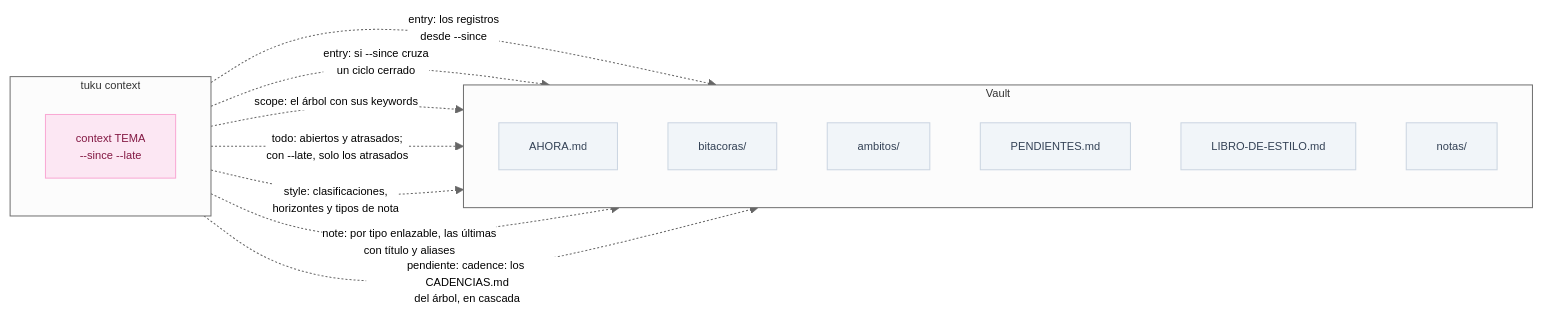
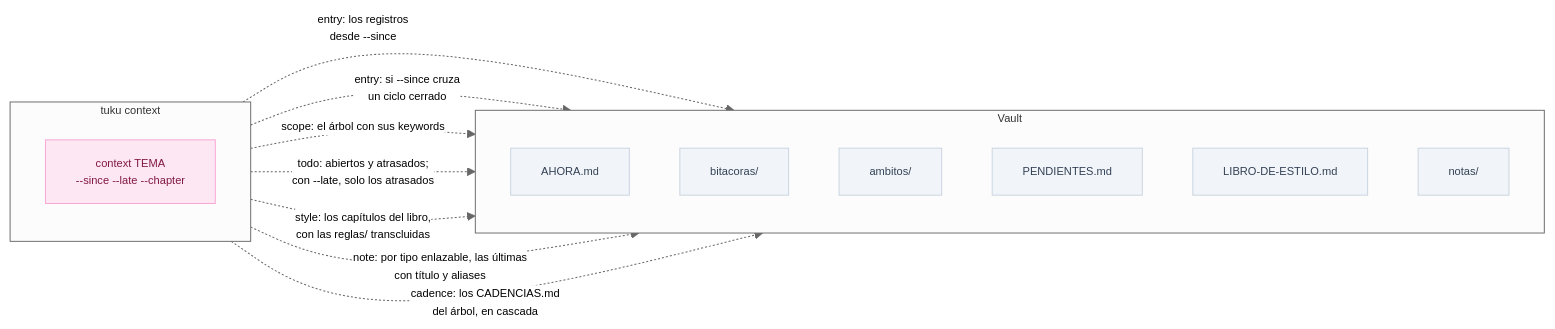
One commit to pewma-ai/tuku changed the seventh of 8 diagrams in spec/tuku.md. Above: the diagram before and after it, drawn with Mermaid. The commit also changed other lines of this file and 54 other files, not shown here.

First line of the commit message:
feat(libro): el libro de estilo es de TUKU por entidad y lo del autor vive en reglas/

````diff
--- a/spec/tuku.md
+++ b/spec/tuku.md
@@ -290,30 +290,30 @@
 ```mermaid
 %%{init: {'flowchart': {'useMaxWidth': true}, 'theme': 'neutral', 'themeVariables': {'fontSize': '11px'}}}%%
 flowchart LR
     subgraph CMD["tuku context"]
         direction TB
-        CX["context TEMA<br/>--since --late"]
+        CX["context TEMA<br/>--since --late --chapter"]
     end
     subgraph VAULT["Vault"]
         direction TB
         AH["AHORA.md"]
         BI["bitacoras/"]
         AM["ambitos/"]
         PE["PENDIENTES.md"]
         LE["LIBRO-DE-ESTILO.md"]
         NO["notas/"]
     end
 
     CX -.->|"entry: los registros<br/>desde --since"| AH
     CX -.->|"entry: si --since cruza<br/>un ciclo cerrado"| BI
     CX -.->|"scope: el árbol con sus keywords"| AM
     CX -.->|"todo: abiertos y atrasados;<br/>con --late, solo los atrasados"| PE
-    CX -.->|"style: clasificaciones,<br/>horizontes y tipos de nota"| LE
+    CX -.->|"style: los capítulos del libro,<br/>con las reglas/ transcluidas"| LE
     CX -.->|"note: por tipo enlazable, las últimas<br/>con título y aliases"| NO
-    CX -.->|"pendiente: cadence: los CADENCIAS.md<br/>del árbol, en cascada"| AM
+    CX -.->|"cadence: los CADENCIAS.md<br/>del árbol, en cascada"| AM
 
     classDef revisa fill:#fce7f3,color:#831843,stroke:#f9a8d4
     classDef archivo fill:#f1f5f9,color:#334155,stroke:#cbd5e1
     class CX revisa
     class AH,BI,AM,PE,LE,NO archivo
 ```
````
